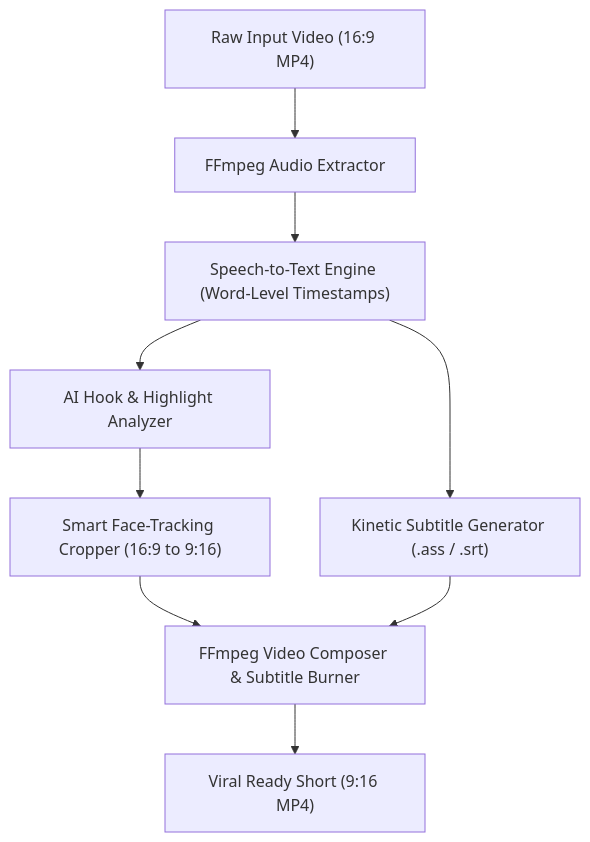
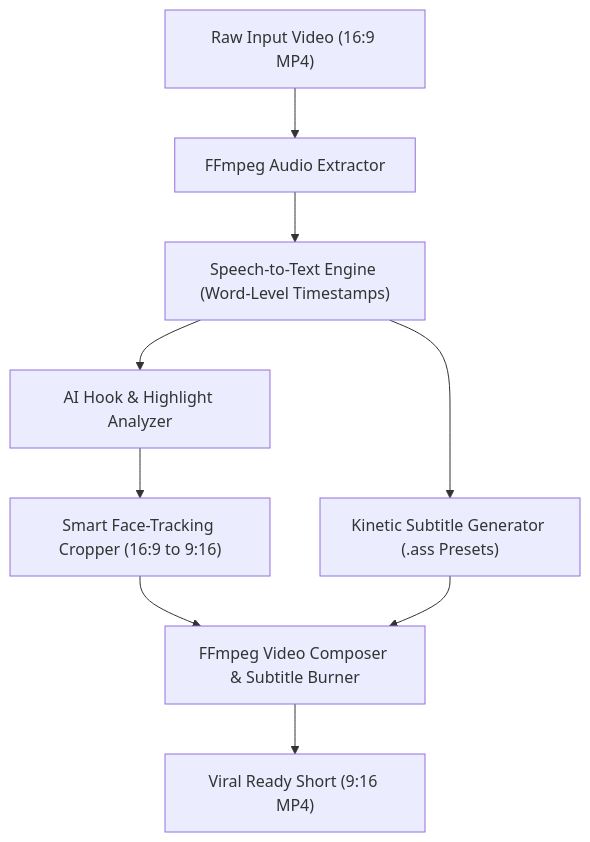
One commit to soumyadeepmagnusx/clipforge changed the diagram in README.md. Above: the diagram before and after it, drawn with Mermaid. The commit also changed other lines of this file and 2 other files, not shown here.

````diff
--- a/README.md
+++ b/README.md
@@ -22,11 +37,11 @@
 ```mermaid
 flowchart TD
     A["Raw Input Video (16:9 MP4)"] --> B["FFmpeg Audio Extractor"]
     B --> C["Speech-to-Text Engine (Word-Level Timestamps)"]
     C --> D["AI Hook & Highlight Analyzer"]
     D --> E["Smart Face-Tracking Cropper (16:9 to 9:16)"]
-    C --> F["Kinetic Subtitle Generator (.ass / .srt)"]
+    C --> F["Kinetic Subtitle Generator (.ass Presets)"]
     E --> G["FFmpeg Video Composer & Subtitle Burner"]
     F --> G
     G --> H["Viral Ready Short (9:16 MP4)"]
 ```
````
